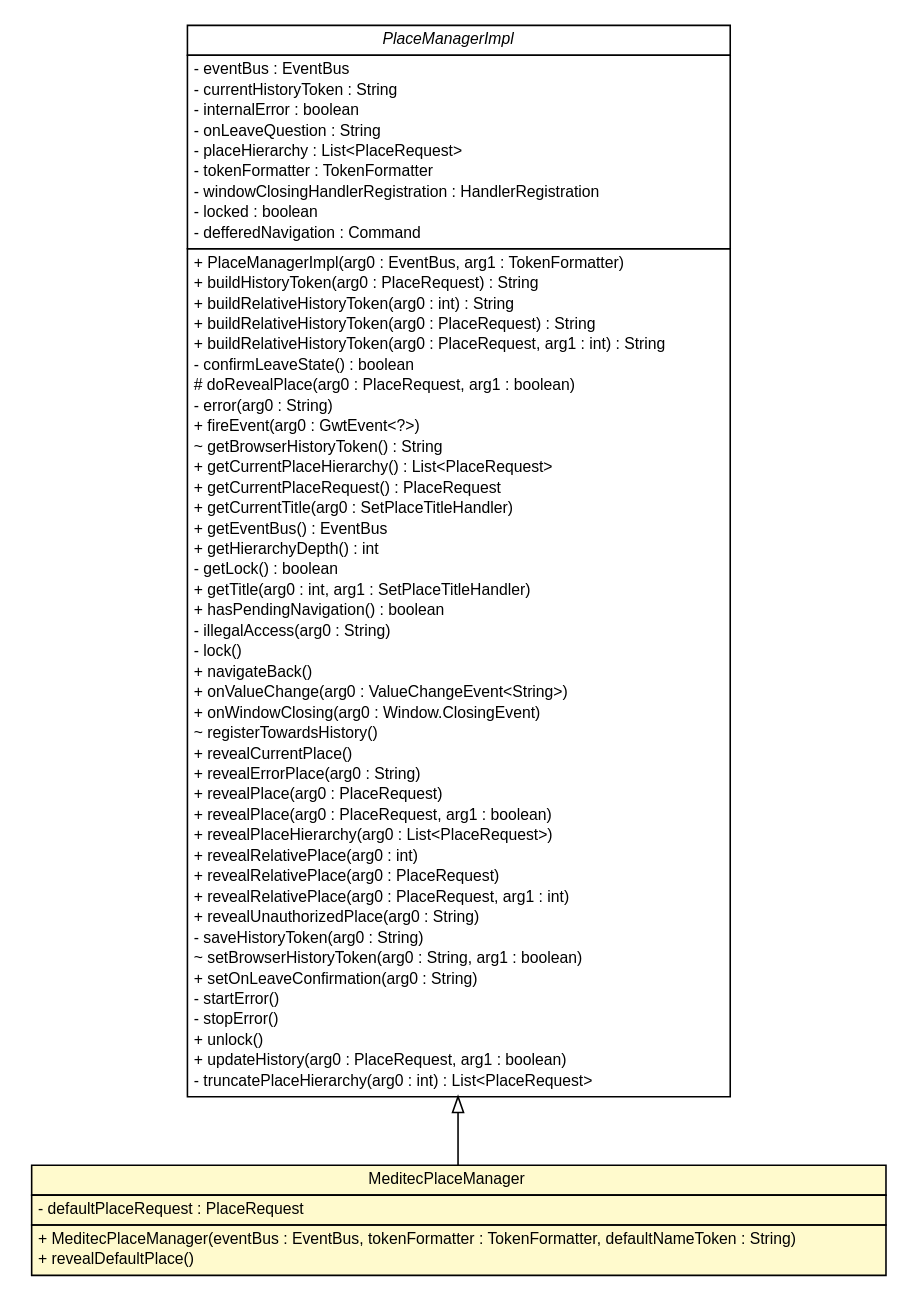
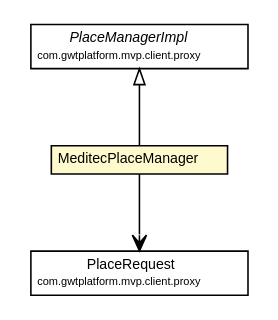
Before and after one commit to caarlos0-graveyard/meditec: the diagram in apidocs/br/net/meditec/client/inject/MeditecPlaceManager.dot, drawn with Graphviz. The commit also changed 517 other files, not shown here.

```diff
--- a/apidocs/br/net/meditec/client/inject/MeditecPlaceManager.dot
+++ b/apidocs/br/net/meditec/client/inject/MeditecPlaceManager.dot
@@ -1,87 +1,34 @@
 #!/usr/local/bin/dot
 #
 # Class diagram 
-# Generated by UMLGraph version 5.1 (http://www.umlgraph.org/)
+# Generated by UmlGraph version 4.6 (http://www.spinellis.gr/sw/umlgraph)
 #
 
 digraph G {
 	edge [fontname="Helvetica",fontsize=10,labelfontname="Helvetica",labelfontsize=10];
 	node [fontname="Helvetica",fontsize=10,shape=plaintext];
-	nodesep=0.25;
-	ranksep=0.5;
 	// br.net.meditec.client.inject.MeditecPlaceManager
-	c5913 [label=<<table title="br.net.meditec.client.inject.MeditecPlaceManager" border="0" cellborder="1" cellspacing="0" cellpadding="2" port="p" bgcolor="lemonChiffon" href="./MeditecPlaceManager.html">
+	c5470 [label=<<table border="0" cellborder="1" cellspacing="0" cellpadding="2" port="p" bgcolor="lemonChiffon" href="./MeditecPlaceManager.html">
 		<tr><td><table border="0" cellspacing="0" cellpadding="1">
-<tr><td align="center" balign="center"> MeditecPlaceManager </td></tr>
+			<tr><td> MeditecPlaceManager </td></tr>
 		</table></td></tr>
+		</table>>, fontname="Helvetica", fontcolor="black", fontsize=9.0];
+	//br.net.meditec.client.inject.MeditecPlaceManager extends com.gwtplatform.mvp.client.proxy.PlaceManagerImpl
+	c5495:p -> c5470:p [dir=back,arrowtail=empty];
+	// br.net.meditec.client.inject.MeditecPlaceManager NAVASSOC com.gwtplatform.mvp.client.proxy.PlaceRequest
+	c5470:p -> c5497:p [taillabel="", label="", headlabel="", fontname="Helvetica", fontcolor="black", fontsize=10.0, color="black", arrowhead=open];
+	// com.gwtplatform.mvp.client.proxy.PlaceManagerImpl
+	c5495 [label=<<table border="0" cellborder="1" cellspacing="0" cellpadding="2" port="p" href="http://java.sun.com/j2se/1.4.2/docs/api/com/gwtplatform/mvp/client/proxy/PlaceManagerImpl.html">
 		<tr><td><table border="0" cellspacing="0" cellpadding="1">
-<tr><td align="left" balign="left"> - defaultPlaceRequest : PlaceRequest </td></tr>
+			<tr><td><font face="Helvetica-Oblique"> PlaceManagerImpl </font></td></tr>
+			<tr><td><font point-size="7.0"> com.gwtplatform.mvp.client.proxy </font></td></tr>
 		</table></td></tr>
+		</table>>, fontname="Helvetica", fontcolor="black", fontsize=9.0];
+	// com.gwtplatform.mvp.client.proxy.PlaceRequest
+	c5497 [label=<<table border="0" cellborder="1" cellspacing="0" cellpadding="2" port="p" href="http://java.sun.com/j2se/1.4.2/docs/api/com/gwtplatform/mvp/client/proxy/PlaceRequest.html">
 		<tr><td><table border="0" cellspacing="0" cellpadding="1">
-<tr><td align="left" balign="left"> + MeditecPlaceManager(eventBus : EventBus, tokenFormatter : TokenFormatter, defaultNameToken : String) </td></tr>
-<tr><td align="left" balign="left"> + revealDefaultPlace() </td></tr>
+			<tr><td> PlaceRequest </td></tr>
+			<tr><td><font point-size="7.0"> com.gwtplatform.mvp.client.proxy </font></td></tr>
 		</table></td></tr>
-		</table>>, fontname="Helvetica", fontcolor="black", fontsize=10.0];
-	//br.net.meditec.client.inject.MeditecPlaceManager extends com.gwtplatform.mvp.client.proxy.PlaceManagerImpl
-	c5935:p -> c5913:p [dir=back,arrowtail=empty];
-	// com.gwtplatform.mvp.client.proxy.PlaceManagerImpl
-	c5935 [label=<<table title="com.gwtplatform.mvp.client.proxy.PlaceManagerImpl" border="0" cellborder="1" cellspacing="0" cellpadding="2" port="p" href="http://java.sun.com/j2se/1.4.2/docs/api/com/gwtplatform/mvp/client/proxy/PlaceManagerImpl.html">
-		<tr><td><table border="0" cellspacing="0" cellpadding="1">
-<tr><td align="center" balign="center"><font face="Helvetica-Oblique"> PlaceManagerImpl </font></td></tr>
-		</table></td></tr>
-		<tr><td><table border="0" cellspacing="0" cellpadding="1">
-<tr><td align="left" balign="left"> - eventBus : EventBus </td></tr>
-<tr><td align="left" balign="left"> - currentHistoryToken : String </td></tr>
-<tr><td align="left" balign="left"> - internalError : boolean </td></tr>
-<tr><td align="left" balign="left"> - onLeaveQuestion : String </td></tr>
-<tr><td align="left" balign="left"> - placeHierarchy : List&lt;PlaceRequest&gt; </td></tr>
-<tr><td align="left" balign="left"> - tokenFormatter : TokenFormatter </td></tr>
-<tr><td align="left" balign="left"> - windowClosingHandlerRegistration : HandlerRegistration </td></tr>
-<tr><td align="left" balign="left"> - locked : boolean </td></tr>
-<tr><td align="left" balign="left"> - defferedNavigation : Command </td></tr>
-		</table></td></tr>
-		<tr><td><table border="0" cellspacing="0" cellpadding="1">
-<tr><td align="left" balign="left"> + PlaceManagerImpl(arg0 : EventBus, arg1 : TokenFormatter) </td></tr>
-<tr><td align="left" balign="left"> + buildHistoryToken(arg0 : PlaceRequest) : String </td></tr>
-<tr><td align="left" balign="left"> + buildRelativeHistoryToken(arg0 : int) : String </td></tr>
-<tr><td align="left" balign="left"> + buildRelativeHistoryToken(arg0 : PlaceRequest) : String </td></tr>
-<tr><td align="left" balign="left"> + buildRelativeHistoryToken(arg0 : PlaceRequest, arg1 : int) : String </td></tr>
-<tr><td align="left" balign="left"> - confirmLeaveState() : boolean </td></tr>
-<tr><td align="left" balign="left"> # doRevealPlace(arg0 : PlaceRequest, arg1 : boolean) </td></tr>
-<tr><td align="left" balign="left"> - error(arg0 : String) </td></tr>
-<tr><td align="left" balign="left"> + fireEvent(arg0 : GwtEvent&lt;?&gt;) </td></tr>
-<tr><td align="left" balign="left"> ~ getBrowserHistoryToken() : String </td></tr>
-<tr><td align="left" balign="left"> + getCurrentPlaceHierarchy() : List&lt;PlaceRequest&gt; </td></tr>
-<tr><td align="left" balign="left"> + getCurrentPlaceRequest() : PlaceRequest </td></tr>
-<tr><td align="left" balign="left"> + getCurrentTitle(arg0 : SetPlaceTitleHandler) </td></tr>
-<tr><td align="left" balign="left"> + getEventBus() : EventBus </td></tr>
-<tr><td align="left" balign="left"> + getHierarchyDepth() : int </td></tr>
-<tr><td align="left" balign="left"> - getLock() : boolean </td></tr>
-<tr><td align="left" balign="left"> + getTitle(arg0 : int, arg1 : SetPlaceTitleHandler) </td></tr>
-<tr><td align="left" balign="left"> + hasPendingNavigation() : boolean </td></tr>
-<tr><td align="left" balign="left"> - illegalAccess(arg0 : String) </td></tr>
-<tr><td align="left" balign="left"> - lock() </td></tr>
-<tr><td align="left" balign="left"> + navigateBack() </td></tr>
-<tr><td align="left" balign="left"> + onValueChange(arg0 : ValueChangeEvent&lt;String&gt;) </td></tr>
-<tr><td align="left" balign="left"> + onWindowClosing(arg0 : Window.ClosingEvent) </td></tr>
-<tr><td align="left" balign="left"> ~ registerTowardsHistory() </td></tr>
-<tr><td align="left" balign="left"> + revealCurrentPlace() </td></tr>
-<tr><td align="left" balign="left"> + revealErrorPlace(arg0 : String) </td></tr>
-<tr><td align="left" balign="left"> + revealPlace(arg0 : PlaceRequest) </td></tr>
-<tr><td align="left" balign="left"> + revealPlace(arg0 : PlaceRequest, arg1 : boolean) </td></tr>
-<tr><td align="left" balign="left"> + revealPlaceHierarchy(arg0 : List&lt;PlaceRequest&gt;) </td></tr>
-<tr><td align="left" balign="left"> + revealRelativePlace(arg0 : int) </td></tr>
-<tr><td align="left" balign="left"> + revealRelativePlace(arg0 : PlaceRequest) </td></tr>
-<tr><td align="left" balign="left"> + revealRelativePlace(arg0 : PlaceRequest, arg1 : int) </td></tr>
-<tr><td align="left" balign="left"> + revealUnauthorizedPlace(arg0 : String) </td></tr>
-<tr><td align="left" balign="left"> - saveHistoryToken(arg0 : String) </td></tr>
-<tr><td align="left" balign="left"> ~ setBrowserHistoryToken(arg0 : String, arg1 : boolean) </td></tr>
-<tr><td align="left" balign="left"> + setOnLeaveConfirmation(arg0 : String) </td></tr>
-<tr><td align="left" balign="left"> - startError() </td></tr>
-<tr><td align="left" balign="left"> - stopError() </td></tr>
-<tr><td align="left" balign="left"> + unlock() </td></tr>
-<tr><td align="left" balign="left"> + updateHistory(arg0 : PlaceRequest, arg1 : boolean) </td></tr>
-<tr><td align="left" balign="left"> - truncatePlaceHierarchy(arg0 : int) : List&lt;PlaceRequest&gt; </td></tr>
-		</table></td></tr>
-		</table>>, fontname="Helvetica", fontcolor="black", fontsize=10.0];
+		</table>>, fontname="Helvetica", fontcolor="black", fontsize=9.0];
 }
```
